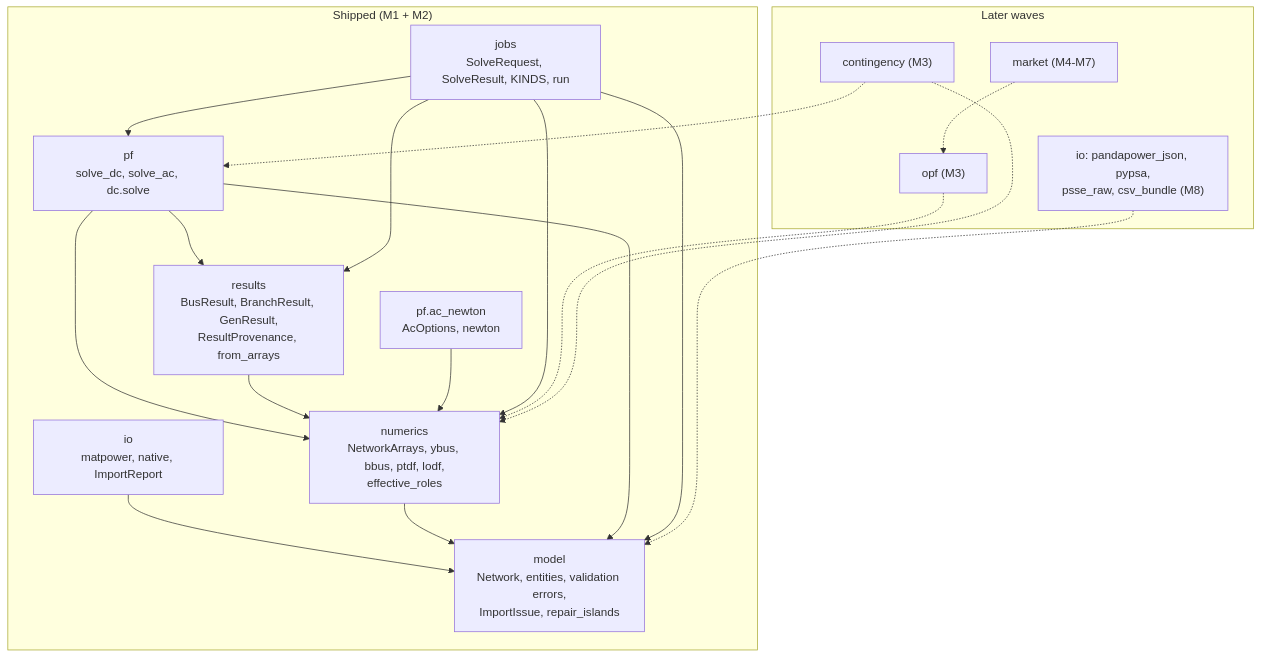
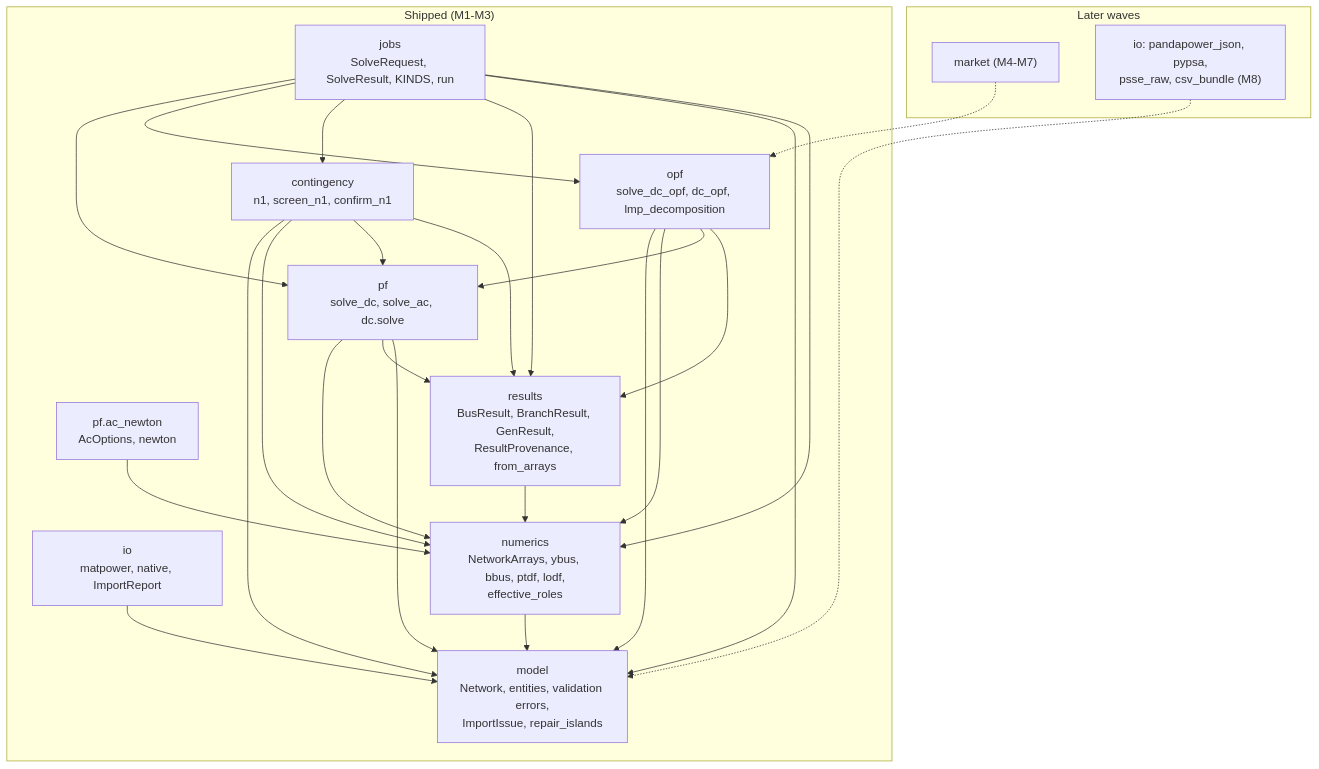
The first of 2 diagrams in docs/design/architecture.md (mambo10005/mambo-power), drawn with Mermaid before and after one commit. The commit also changed other lines of this file and 9 other files, not shown here.

````diff
--- a/docs/design/architecture.md
+++ b/docs/design/architecture.md
@@ -13,35 +13,42 @@
 ```mermaid
 flowchart TB
-    subgraph present["Shipped (M1 + M2)"]
+    subgraph present["Shipped (M1-M3)"]
         model["model<br/>Network, entities, validation errors,<br/>ImportIssue, repair_islands"]
         io["io<br/>matpower, native, ImportReport"]
         numerics["numerics<br/>NetworkArrays, ybus, bbus, ptdf, lodf,<br/>effective_roles"]
         pf["pf<br/>solve_dc, solve_ac, dc.solve"]
         ac["pf.ac_newton<br/>AcOptions, newton"]
+        opf["opf<br/>solve_dc_opf, dc_opf, lmp_decomposition"]
+        contingency["contingency<br/>n1, screen_n1, confirm_n1"]
         results["results<br/>BusResult, BranchResult, GenResult,<br/>ResultProvenance, from_arrays"]
         jobs["jobs<br/>SolveRequest, SolveResult, KINDS, run"]
     end
     subgraph later["Later waves"]
-        opf["opf (M3)"]
-        n1["contingency (M3)"]
         market["market (M4-M7)"]
         formats["io: pandapower_json, pypsa,<br/>psse_raw, csv_bundle (M8)"]
     end
 
     io --> model
     numerics --> model
     pf --> numerics
     pf --> results
     pf --> model
     results --> numerics
     ac --> numerics
+    opf --> model
+    opf --> numerics
+    opf --> pf
+    opf --> results
+    contingency --> model
+    contingency --> numerics
+    contingency --> pf
+    contingency --> results
     jobs --> pf
+    jobs --> opf
+    jobs --> contingency
     jobs --> results
     jobs --> model
     jobs --> numerics
-    opf -.-> numerics
-    n1 -.-> pf
-    n1 -.-> numerics
     market -.-> opf
     formats -.-> model
 ```
````
